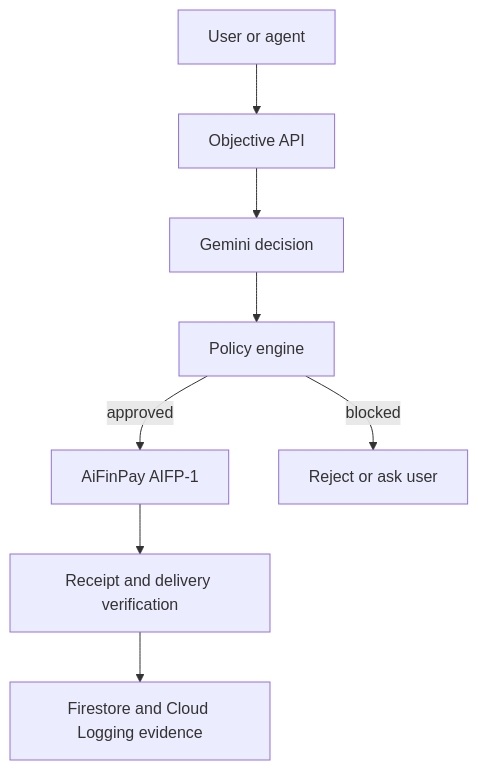
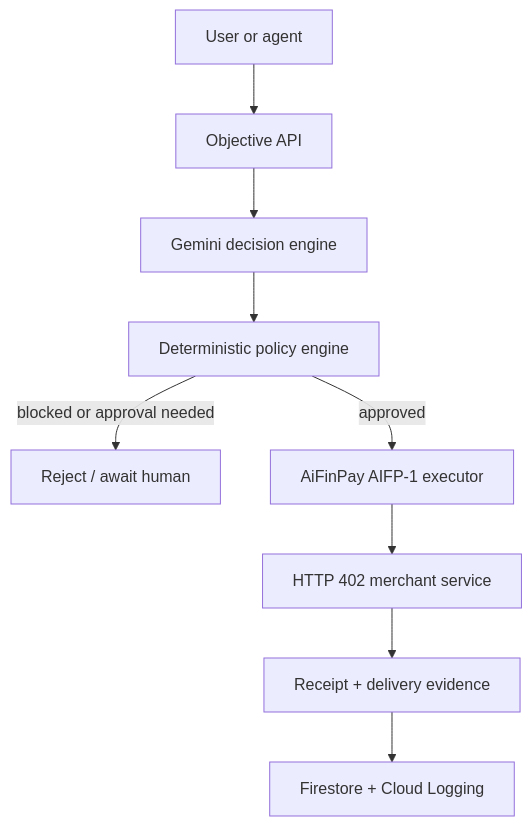
One commit to coinsecuritiescompany/AiFinPay-Gemini-Commerce-Agent changed the first of 2 diagrams in README.md. Above: the diagram before and after it, drawn with Mermaid. The commit also changed other lines of this file and 15 other files, not shown here.

````diff
--- a/README.md
+++ b/README.md
@@ -30,10 +42,11 @@
 ```mermaid
 flowchart TD
-  U["User or agent"] --> A["Objective API"]
-  A --> G["Gemini decision"]
-  G --> P["Policy engine"]
-  P -->|"approved"| F["AiFinPay AIFP-1"]
-  P -->|"blocked"| R["Reject or ask user"]
-  F --> V["Receipt and delivery verification"]
-  V --> E["Firestore and Cloud Logging evidence"]
+  Client["User or agent"] --> API["Objective API"]
+  API --> Gemini["Gemini decision engine"]
+  Gemini --> Policy["Deterministic policy engine"]
+  Policy -->|"blocked or approval needed"| Stop["Reject / await human"]
+  Policy -->|"approved"| Pay["AiFinPay AIFP-1 executor"]
+  Pay --> Merchant["HTTP 402 merchant service"]
+  Merchant --> Evidence["Receipt + delivery evidence"]
+  Evidence --> GCP["Firestore + Cloud Logging"]
 ```
````
